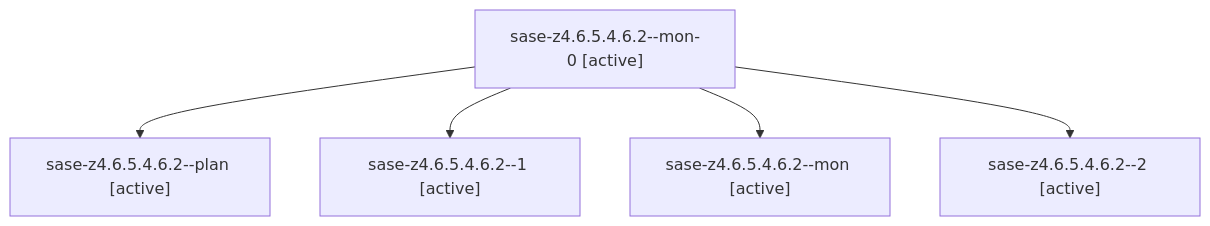
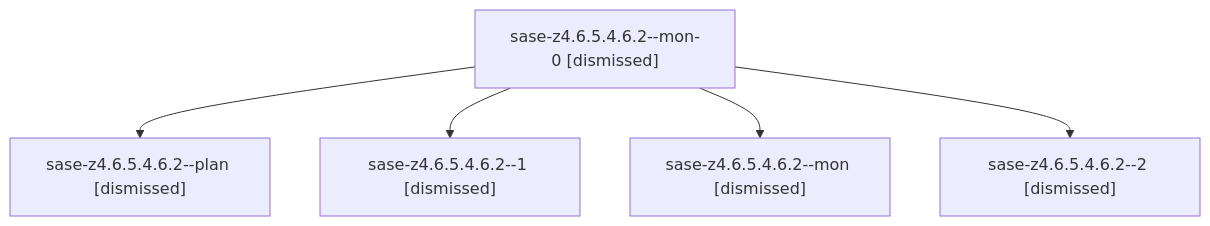
One commit to sase-org/sase--agents changed the diagram in sessions/bbugyi200.athena.sase-z4.6.5.4.6.2.md. Above: the diagram before and after it, drawn with Mermaid. The commit also changed other lines of this file and 157 other files, not shown here.

````diff
--- a/sessions/bbugyi200.athena.sase-z4.6.5.4.6.2.md
+++ b/sessions/bbugyi200.athena.sase-z4.6.5.4.6.2.md
@@ -9,12 +9,12 @@
 ```mermaid
 flowchart TD
-  n0["sase-z4.6.5.4.6.2--mon-0 [active]"]
-  n1["sase-z4.6.5.4.6.2--plan [active]"]
+  n0["sase-z4.6.5.4.6.2--mon-0 [dismissed]"]
+  n1["sase-z4.6.5.4.6.2--plan [dismissed]"]
   n0 --> n1
-  n2["sase-z4.6.5.4.6.2--1 [active]"]
+  n2["sase-z4.6.5.4.6.2--1 [dismissed]"]
   n0 --> n2
-  n3["sase-z4.6.5.4.6.2--mon [active]"]
+  n3["sase-z4.6.5.4.6.2--mon [dismissed]"]
   n0 --> n3
-  n4["sase-z4.6.5.4.6.2--2 [active]"]
+  n4["sase-z4.6.5.4.6.2--2 [dismissed]"]
   n0 --> n4
 ```
````
